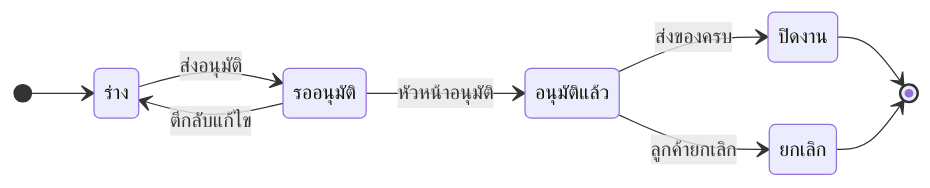
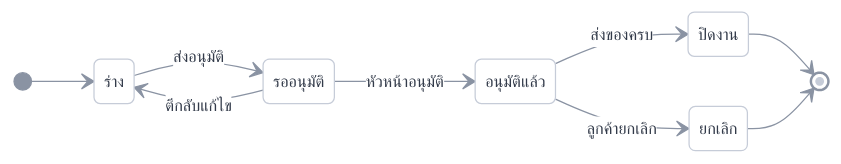
The third of 5 diagrams in dist/codex/software-company/.agents/skills/software-diagrams/assets/mermaid-theme.md (sansernonline/SQT-Marketplace), drawn with Mermaid before and after one commit. The commit also changed other lines of this file and 2398 other files, not shown here.

````diff
--- a/dist/codex/software-company/.agents/skills/software-diagrams/assets/mermaid-theme.md
+++ b/dist/codex/software-company/.agents/skills/software-diagrams/assets/mermaid-theme.md
@@ -179,12 +181,13 @@
 ```mermaid
+%%{init: {'theme':'base','fontFamily':'Tahoma, Arial, sans-serif','themeVariables':{'fontSize':'13px','primaryColor':'#FFFFFF','primaryTextColor':'#333B4A','primaryBorderColor':'#C6CCD8','lineColor':'#8A93A3','secondaryColor':'#EDF1FB','tertiaryColor':'#F6F7FB','clusterBkg':'#F8F9FC','clusterBorder':'#E4E7EE','edgeLabelBackground':'#FFFFFF','actorBkg':'#FFFFFF','actorBorder':'#C6CCD8','actorTextColor':'#333B4A','signalColor':'#8A93A3','signalTextColor':'#414957','noteBkgColor':'#FFF8E1','noteBorderColor':'#E8D48B','labelBoxBkgColor':'#EDF1FB','labelBoxBorderColor':'#C6CCD8','altBackground':'#F8F9FC'},'flowchart':{'curve':'basis','nodeSpacing':40,'rankSpacing':50},'sequence':{'mirrorActors':false,'actorMargin':60}}}%%
 stateDiagram-v2
   direction LR
   [*] --> ร่าง
   ร่าง --> รออนุมัติ: ส่งอนุมัติ
   รออนุมัติ --> อนุมัติแล้ว: หัวหน้าอนุมัติ
   รออนุมัติ --> ร่าง: ตีกลับแก้ไข
   อนุมัติแล้ว --> ปิดงาน: ส่งของครบ
   อนุมัติแล้ว --> ยกเลิก: ลูกค้ายกเลิก
   ปิดงาน --> [*]
   ยกเลิก --> [*]
 ```
````
